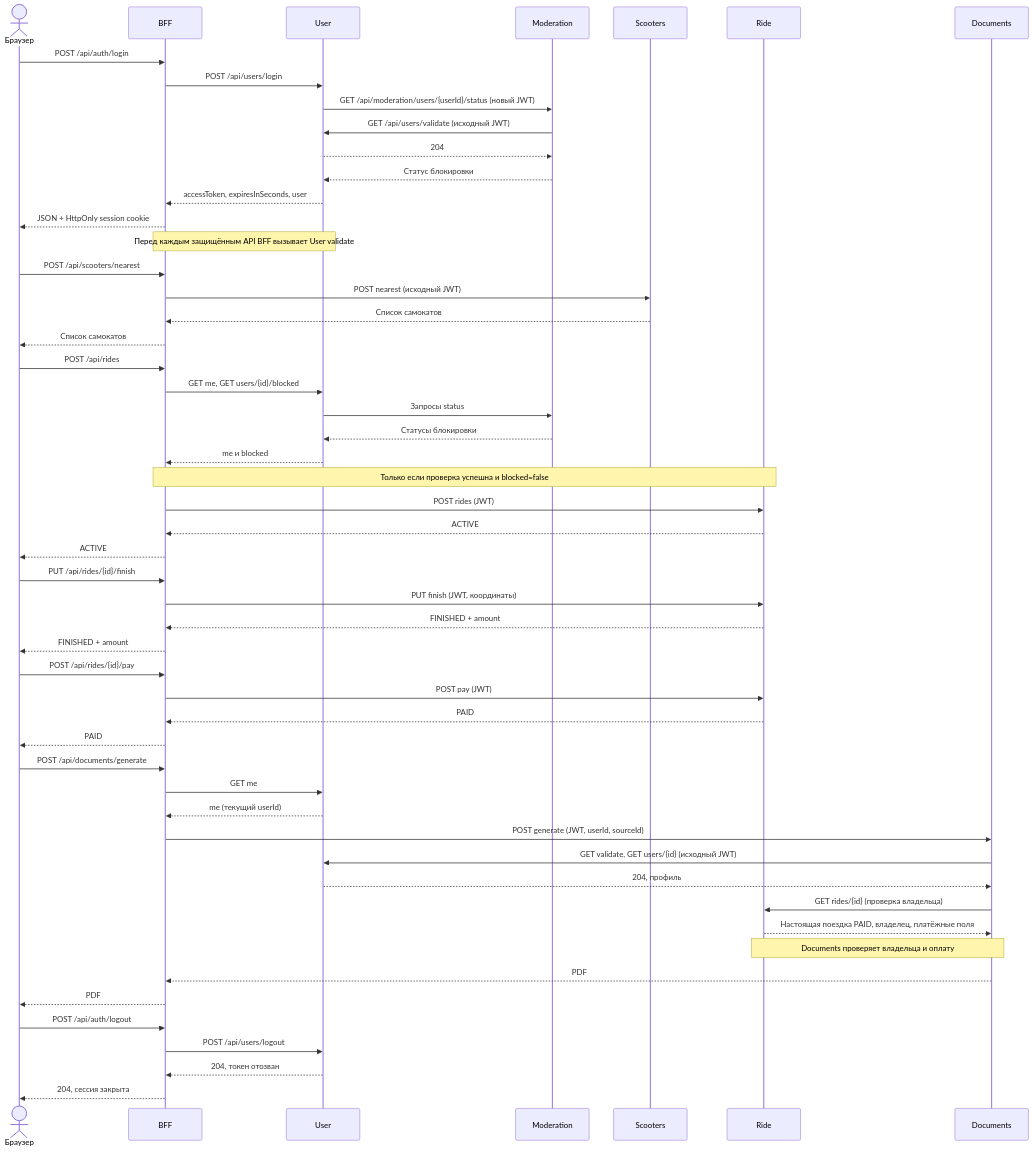
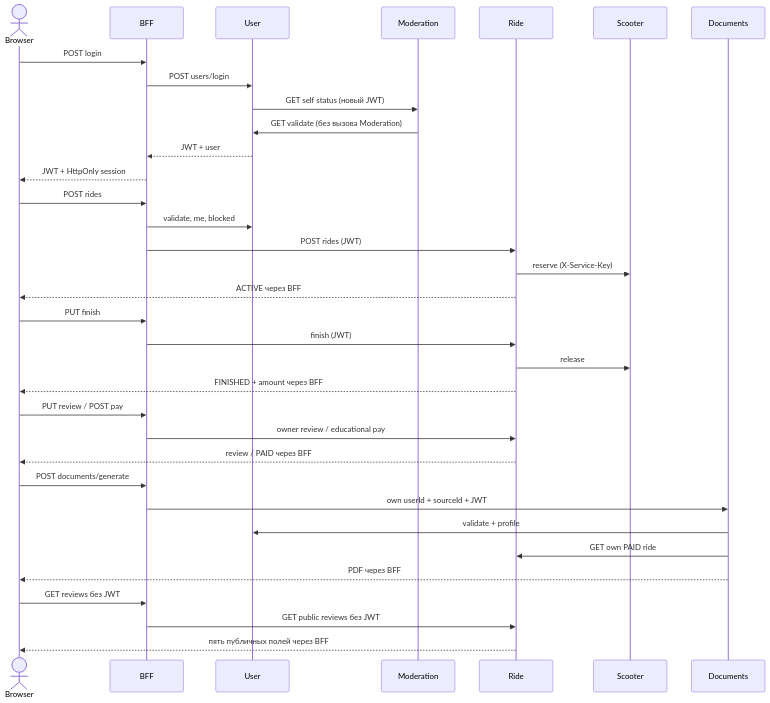
Before and after one commit to SdKS454/bff: the diagram in docs/API_CONTRACTS.md, drawn with Mermaid. The commit also changed other lines of this file and 100 other files, not shown here.

````diff
--- a/docs/API_CONTRACTS.md
+++ b/docs/API_CONTRACTS.md
@@ -753,55 +699,36 @@
 ```mermaid
 sequenceDiagram
-    actor Client as Браузер
+    actor Browser
     participant BFF
     participant User
     participant Mod as Moderation
-    participant Scooters
     participant Ride
+    participant Scooter
     participant Docs as Documents
-    Client->>BFF: POST /api/auth/login
-    BFF->>User: POST /api/users/login
-    User->>Mod: GET /api/moderation/users/{userId}/status (новый JWT)
-    Mod->>User: GET /api/users/validate (исходный JWT)
-    User-->>Mod: 204
-    Mod-->>User: Статус блокировки
-    User-->>BFF: accessToken, expiresInSeconds, user
-    BFF-->>Client: JSON + HttpOnly session cookie
-    Note over BFF,User: Перед каждым защищённым API BFF вызывает User validate
-    Client->>BFF: POST /api/scooters/nearest
-    BFF->>Scooters: POST nearest (исходный JWT)
-    Scooters-->>BFF: Список самокатов
-    BFF-->>Client: Список самокатов
-    Client->>BFF: POST /api/rides
-    BFF->>User: GET me, GET users/{id}/blocked
-    User->>Mod: Запросы status
-    Mod-->>User: Статусы блокировки
-    User-->>BFF: me и blocked
-    Note over BFF,Ride: Только если проверка успешна и blocked=false
+    Browser->>BFF: POST login
+    BFF->>User: POST users/login
+    User->>Mod: GET self status (новый JWT)
+    Mod->>User: GET validate (без вызова Moderation)
+    User-->>BFF: JWT + user
+    BFF-->>Browser: JWT + HttpOnly session
+    Browser->>BFF: POST rides
+    BFF->>User: validate, me, blocked
     BFF->>Ride: POST rides (JWT)
-    Ride-->>BFF: ACTIVE
-    BFF-->>Client: ACTIVE
-    Client->>BFF: PUT /api/rides/{id}/finish
-    BFF->>Ride: PUT finish (JWT, координаты)
-    Ride-->>BFF: FINISHED + amount
-    BFF-->>Client: FINISHED + amount
-    Client->>BFF: POST /api/rides/{id}/pay
-    BFF->>Ride: POST pay (JWT)
-    Ride-->>BFF: PAID
-    BFF-->>Client: PAID
-    Client->>BFF: POST /api/documents/generate
-    BFF->>User: GET me
-    User-->>BFF: me (текущий userId)
-    BFF->>Docs: POST generate (JWT, userId, sourceId)
-    Docs->>User: GET validate, GET users/{id} (исходный JWT)
-    User-->>Docs: 204, профиль
-    Docs->>Ride: GET rides/{id} (проверка владельца)
-    Ride-->>Docs: Настоящая поездка PAID, владелец, платёжные поля
-    Note over Docs,Ride: Documents проверяет владельца и оплату
-    Docs-->>BFF: PDF
-    BFF-->>Client: PDF
-    Client->>BFF: POST /api/auth/logout
-    BFF->>User: POST /api/users/logout
-    User-->>BFF: 204, токен отозван
-    BFF-->>Client: 204, сессия закрыта
+    Ride->>Scooter: reserve (X-Service-Key)
+    Ride-->>Browser: ACTIVE через BFF
+    Browser->>BFF: PUT finish
+    BFF->>Ride: finish (JWT)
+    Ride->>Scooter: release
+    Ride-->>Browser: FINISHED + amount через BFF
+    Browser->>BFF: PUT review / POST pay
+    BFF->>Ride: owner review / educational pay
+    Ride-->>Browser: review / PAID через BFF
+    Browser->>BFF: POST documents/generate
+    BFF->>Docs: own userId + sourceId + JWT
+    Docs->>User: validate + profile
+    Docs->>Ride: GET own PAID ride
+    Docs-->>Browser: PDF через BFF
+    Browser->>BFF: GET reviews без JWT
+    BFF->>Ride: GET public reviews без JWT
+    Ride-->>Browser: пять публичных полей через BFF
 ```
````
